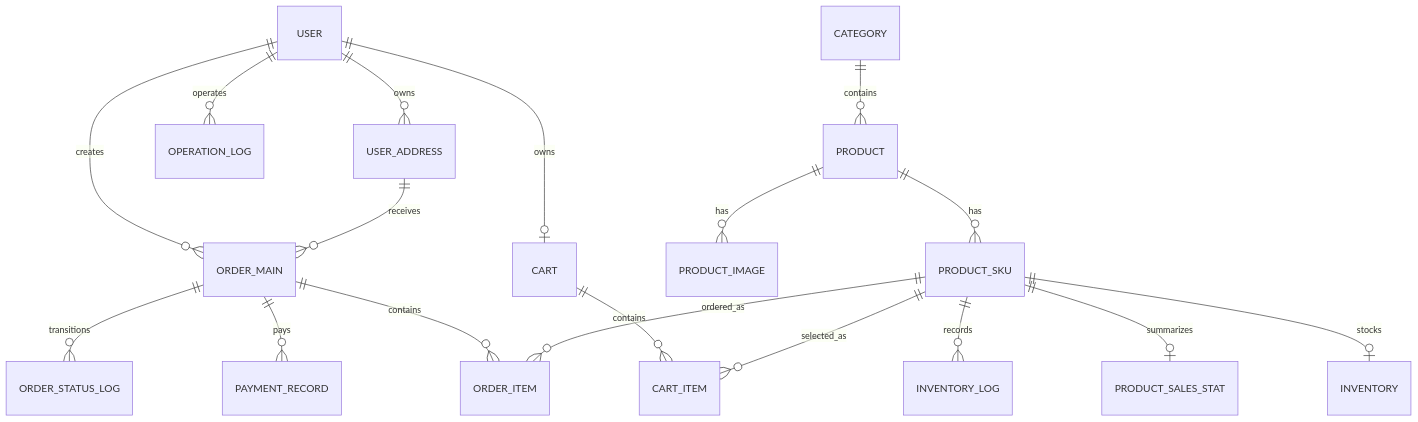
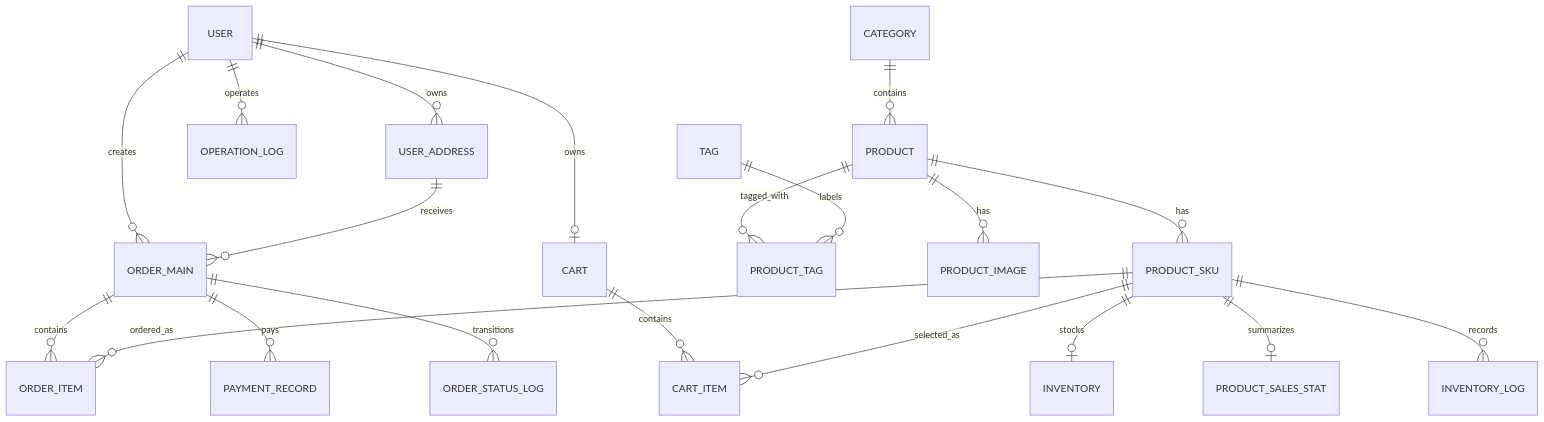
Before and after one commit to laananed/Cloth-Shop: the second of 10 diagrams in docs/current-project-architecture.md, drawn with Mermaid. The commit also changed other lines of this file and 10 other files, not shown here.

````diff
--- a/docs/current-project-architecture.md
+++ b/docs/current-project-architecture.md
@@ -274,20 +293,22 @@
 ```mermaid
 erDiagram
     USER ||--o{ USER_ADDRESS : owns
     USER ||--o| CART : owns
     USER ||--o{ ORDER_MAIN : creates
     USER ||--o{ OPERATION_LOG : operates
     USER_ADDRESS ||--o{ ORDER_MAIN : receives
     CATEGORY ||--o{ PRODUCT : contains
+    PRODUCT ||--o{ PRODUCT_TAG : tagged_with
+    TAG ||--o{ PRODUCT_TAG : labels
     PRODUCT ||--o{ PRODUCT_IMAGE : has
     PRODUCT ||--o{ PRODUCT_SKU : has
     PRODUCT_SKU ||--o| INVENTORY : stocks
     PRODUCT_SKU ||--o| PRODUCT_SALES_STAT : summarizes
     PRODUCT_SKU ||--o{ INVENTORY_LOG : records
     CART ||--o{ CART_ITEM : contains
     PRODUCT_SKU ||--o{ CART_ITEM : selected_as
     ORDER_MAIN ||--o{ ORDER_ITEM : contains
     PRODUCT_SKU ||--o{ ORDER_ITEM : ordered_as
     ORDER_MAIN ||--o{ PAYMENT_RECORD : pays
     ORDER_MAIN ||--o{ ORDER_STATUS_LOG : transitions
 ```
````
